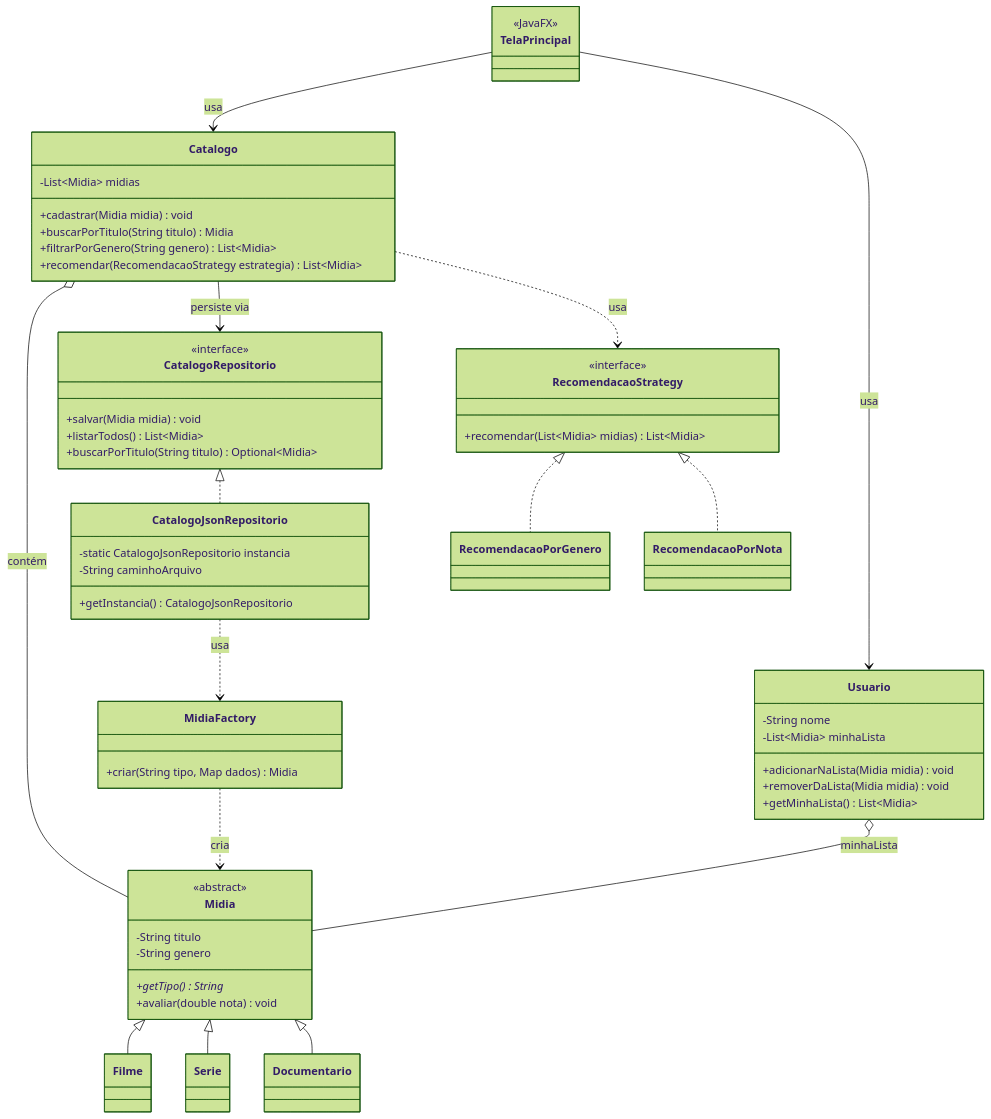
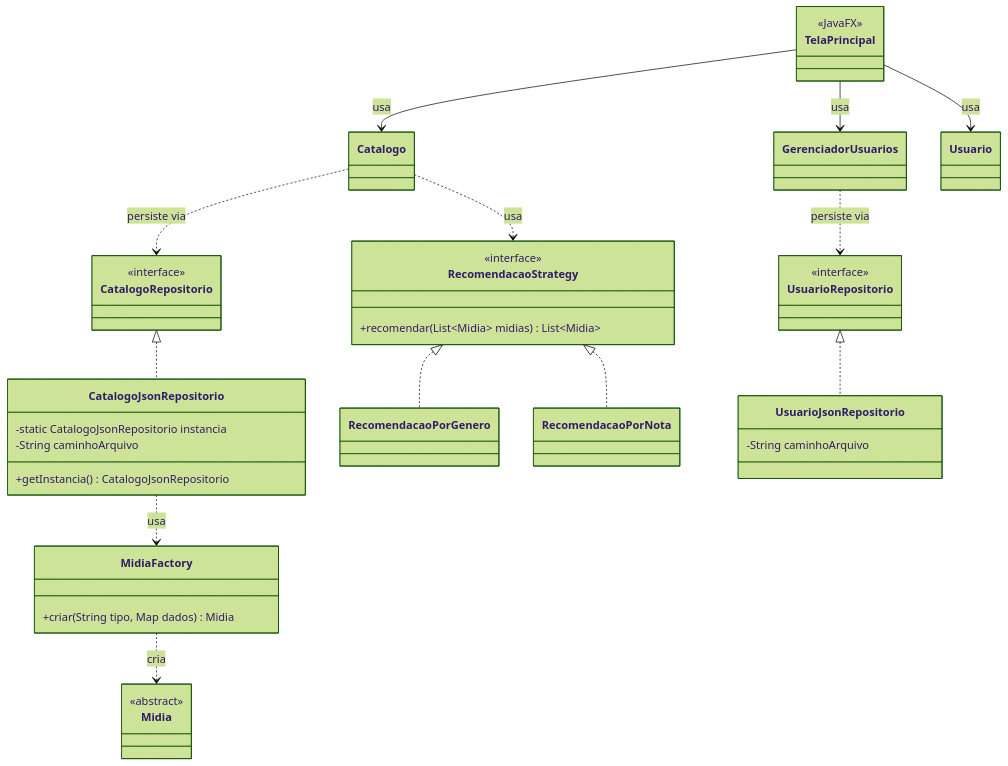
Before and after one commit to jope7/imdflix: the second of 2 diagrams in docs/diagrama-classes.md, drawn with Mermaid (forest theme). The commit also changed other lines of this file, not shown here.

````diff
--- a/docs/diagrama-classes.md
+++ b/docs/diagrama-classes.md
@@ -87,75 +134,56 @@
 ```mermaid
 classDiagram
     direction TB
 
     class Midia {
         <<abstract>>
-        -String titulo
-        -String genero
-        +getTipo()* String
-        +avaliar(double nota) void
     }
-    class Filme
-    class Serie
-    class Documentario
-
-    class Usuario {
-        -String nome
-        -List~Midia~ minhaLista
-        +adicionarNaLista(Midia midia) void
-        +removerDaLista(Midia midia) void
-        +getMinhaLista() List~Midia~
-    }
-
-    class Catalogo {
-        -List~Midia~ midias
-        +cadastrar(Midia midia) void
-        +buscarPorTitulo(String titulo) Midia
-        +filtrarPorGenero(String genero) List~Midia~
-        +recomendar(RecomendacaoStrategy estrategia) List~Midia~
-    }
+    class Usuario
+    class Catalogo
+    class GerenciadorUsuarios
 
     class CatalogoRepositorio {
         <<interface>>
-        +salvar(Midia midia) void
-        +listarTodos() List~Midia~
-        +buscarPorTitulo(String titulo) Optional~Midia~
+    }
+    class UsuarioRepositorio {
+        <<interface>>
     }
 
     class CatalogoJsonRepositorio {
         -static CatalogoJsonRepositorio instancia
         -String caminhoArquivo
         +getInstancia() CatalogoJsonRepositorio
+    }
+
+    class UsuarioJsonRepositorio {
+        -String caminhoArquivo
     }
 
     class MidiaFactory {
         +criar(String tipo, Map dados) Midia
     }
 
     class RecomendacaoStrategy {
         <<interface>>
         +recomendar(List~Midia~ midias) List~Midia~
     }
     class RecomendacaoPorGenero
     class RecomendacaoPorNota
 
     class TelaPrincipal {
         <<JavaFX>>
     }
 
-    Midia <|-- Filme
-    Midia <|-- Serie
-    Midia <|-- Documentario
-
-    Catalogo o-- Midia : contém
-    Usuario o-- Midia : minhaLista
-    Catalogo --> CatalogoRepositorio : persiste via
     CatalogoRepositorio <|.. CatalogoJsonRepositorio
+    UsuarioRepositorio <|.. UsuarioJsonRepositorio
+    CatalogoJsonRepositorio ..> MidiaFactory : usa
     MidiaFactory ..> Midia : cria
-    CatalogoJsonRepositorio ..> MidiaFactory : usa
+    Catalogo ..> CatalogoRepositorio : persiste via
+    GerenciadorUsuarios ..> UsuarioRepositorio : persiste via
     Catalogo ..> RecomendacaoStrategy : usa
     RecomendacaoStrategy <|.. RecomendacaoPorGenero
     RecomendacaoStrategy <|.. RecomendacaoPorNota
     TelaPrincipal --> Catalogo : usa
+    TelaPrincipal --> GerenciadorUsuarios : usa
     TelaPrincipal --> Usuario : usa
 ```
````
